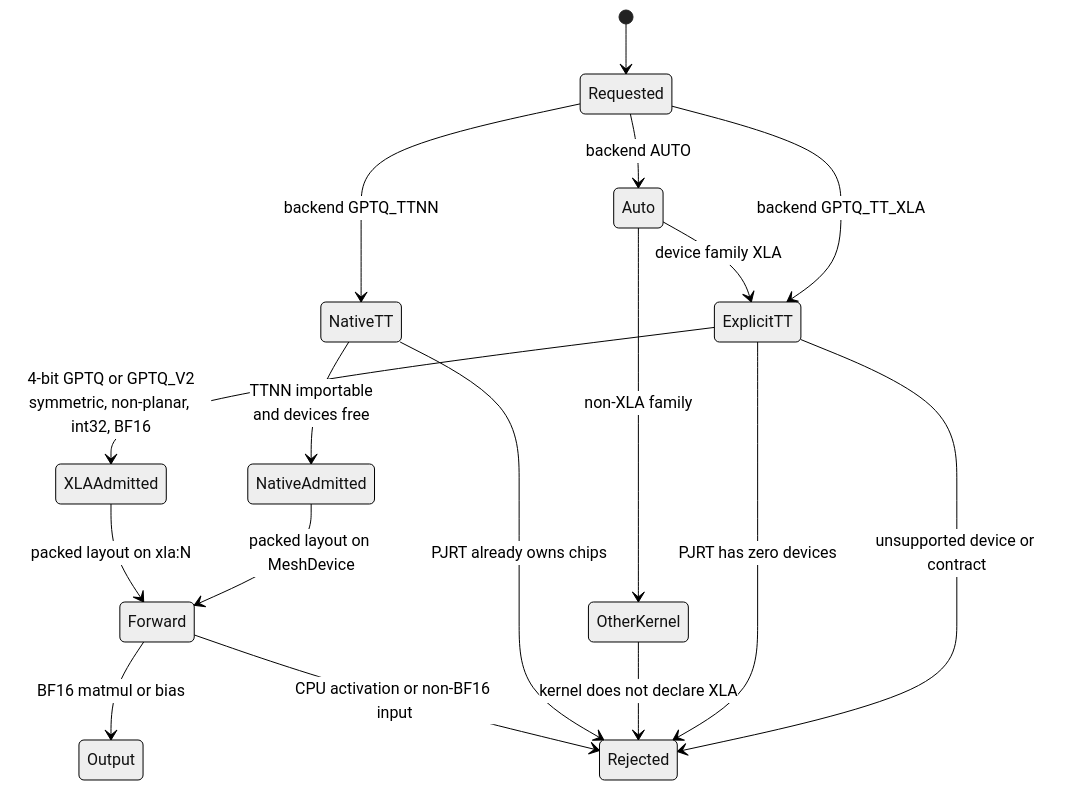
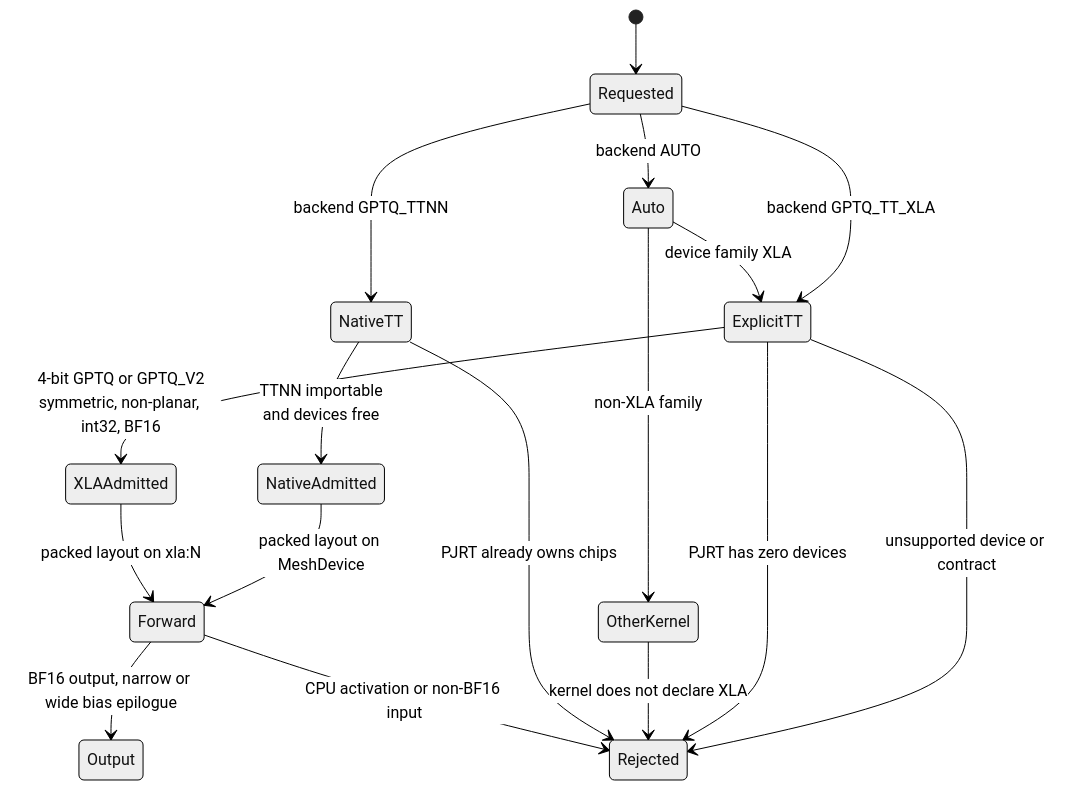
The tenth of 12 diagrams in docs/tenstorrent.md (ModelCloud/GPTQModel), drawn with Mermaid (neutral theme) before and after one commit. The commit also changed other lines of this file and 4 other files, not shown here.

First line of the commit message:
fix(ttxla): keep a non-BF16 bias exact through the TT epilogue (#6013)

````diff
--- a/docs/tenstorrent.md
+++ b/docs/tenstorrent.md
@@ -829,22 +847,22 @@
 ```mermaid
 stateDiagram-v2
     [*] --> Requested
     Requested --> ExplicitTT: backend GPTQ_TT_XLA
     Requested --> Auto: backend AUTO
     Auto --> ExplicitTT: device family XLA
     Auto --> OtherKernel: non-XLA family
     ExplicitTT --> XLAAdmitted: 4-bit GPTQ or GPTQ_V2<br/>symmetric, non-planar, int32, BF16
     ExplicitTT --> Rejected: unsupported device or contract
     ExplicitTT --> Rejected: PJRT has zero devices
     OtherKernel --> Rejected: kernel does not declare XLA
     Requested --> NativeTT: backend GPTQ_TTNN
     NativeTT --> NativeAdmitted: TTNN importable<br/>and devices free
     NativeTT --> Rejected: PJRT already owns chips
     NativeAdmitted --> Forward: packed layout on MeshDevice
     XLAAdmitted --> Forward: packed layout on xla:N
-    Forward --> Output: BF16 matmul or bias
+    Forward --> Output: BF16 output, narrow or wide bias epilogue
     Forward --> Rejected: CPU activation or non-BF16 input
 
     classDef bad fill:#fee2e2,stroke:#b91c1c,color:#7f1d1d;
     class Rejected bad;
 ```
````
